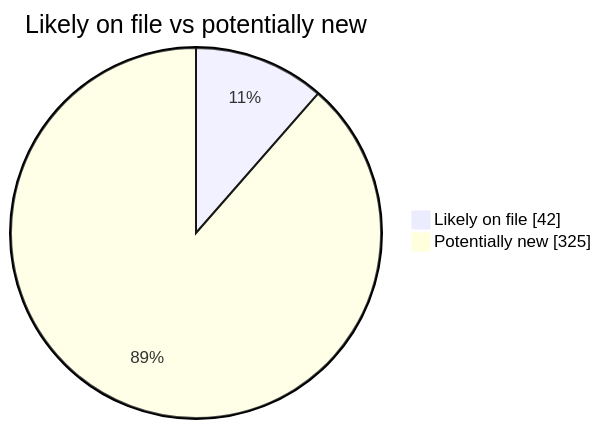
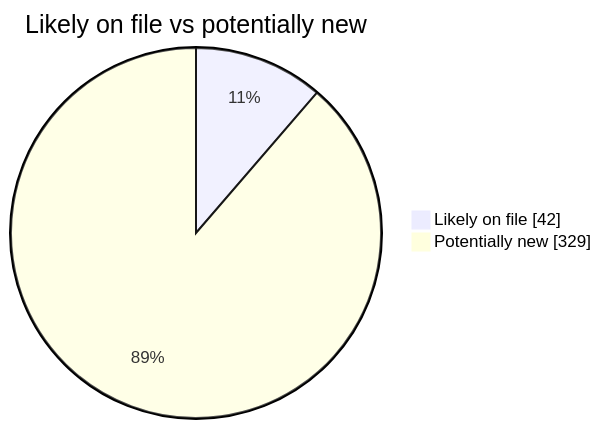
One commit to martinbalfanz/social-scanner-reports changed the second of 4 diagrams in README.md. Above: the diagram before and after it, drawn with Mermaid. The commit also changed other lines of this file and 6 other files, not shown here.

````diff
--- a/README.md
+++ b/README.md
@@ -40,5 +40,5 @@
 ```mermaid
 pie showData title Likely on file vs potentially new
     "Likely on file" : 42
-    "Potentially new" : 325
+    "Potentially new" : 329
 ```
````
